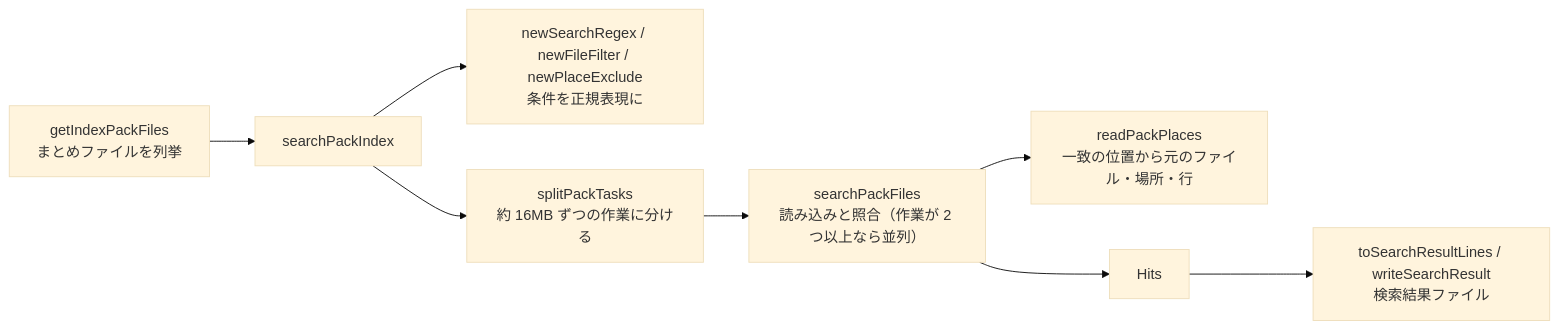
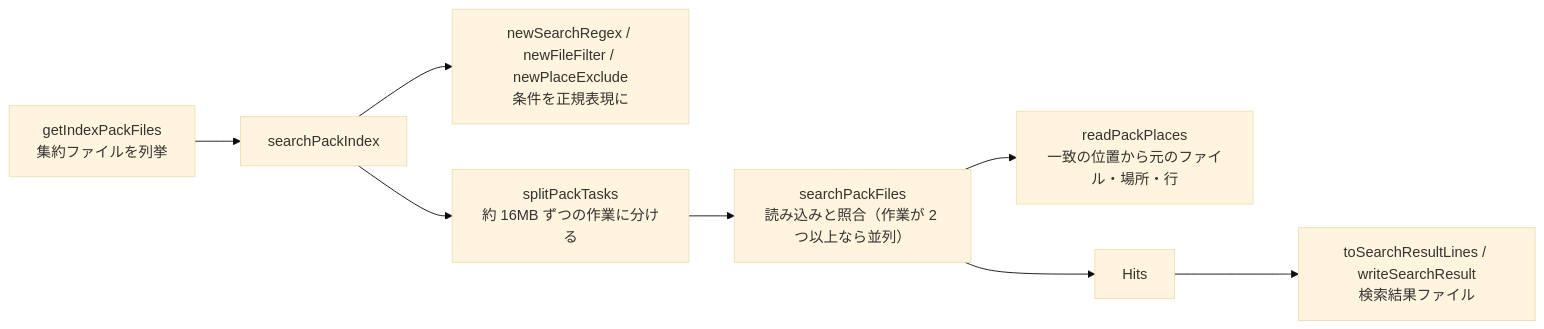
Before and after one commit to hsgwa/tebunko: the diagram in docs/00_共通_2_共通モジュール_1_TSV・検索・画面の関数.md, drawn with Mermaid (base theme). The commit also changed other lines of this file and 44 other files, not shown here.

````diff
--- a/docs/00_共通_2_共通モジュール_1_TSV・検索・画面の関数.md
+++ b/docs/00_共通_2_共通モジュール_1_TSV・検索・画面の関数.md
@@ -87,10 +87,10 @@
 ```mermaid
 flowchart LR
-    A["getIndexPackFiles<br>まとめファイルを列挙"] --> B["searchPackIndex"]
+    A["getIndexPackFiles<br>集約ファイルを列挙"] --> B["searchPackIndex"]
     B --> C["newSearchRegex / newFileFilter / newPlaceExclude<br>条件を正規表現に"]
     B --> T["splitPackTasks<br>約 16MB ずつの作業に分ける"]
     T --> E["searchPackFiles<br>読み込みと照合（作業が 2 つ以上なら並列）"]
     E --> P["readPackPlaces<br>一致の位置から元のファイル・場所・行"]
     E --> F["Hits"]
     F --> G["toSearchResultLines / writeSearchResult<br>検索結果ファイル"]
 ```
````
